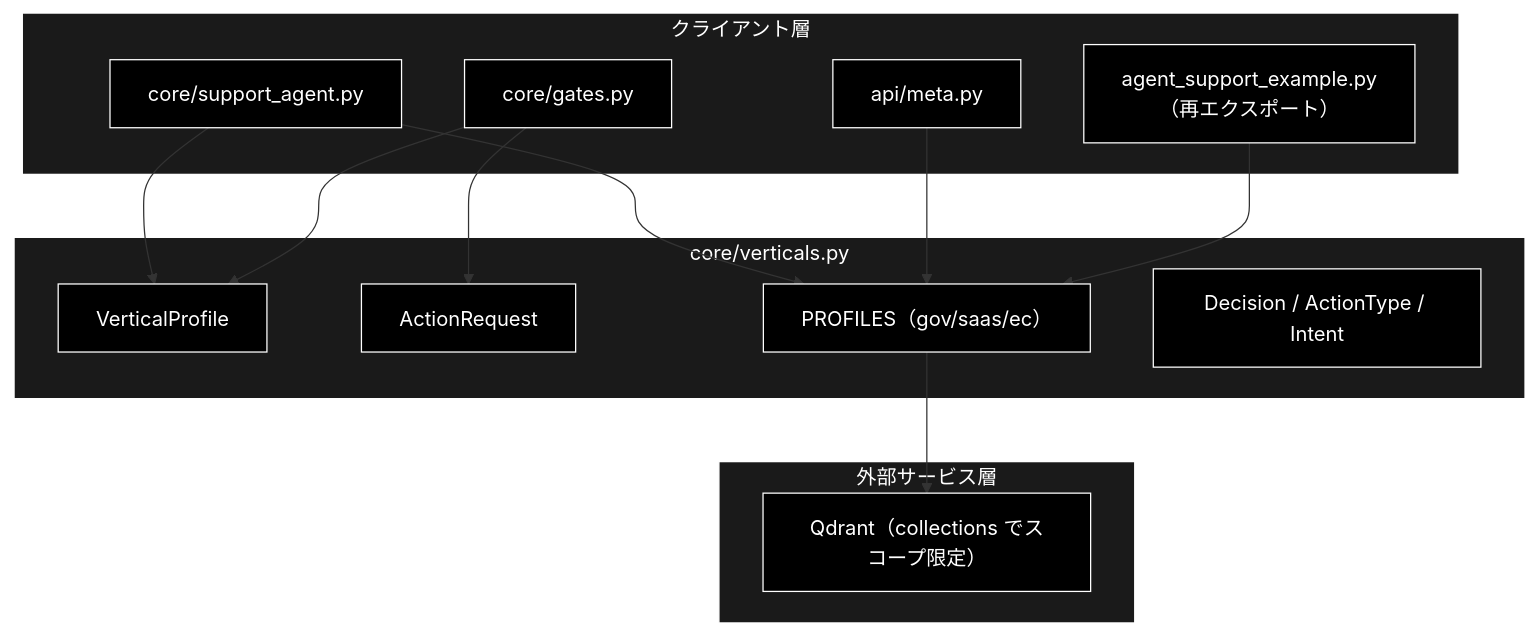
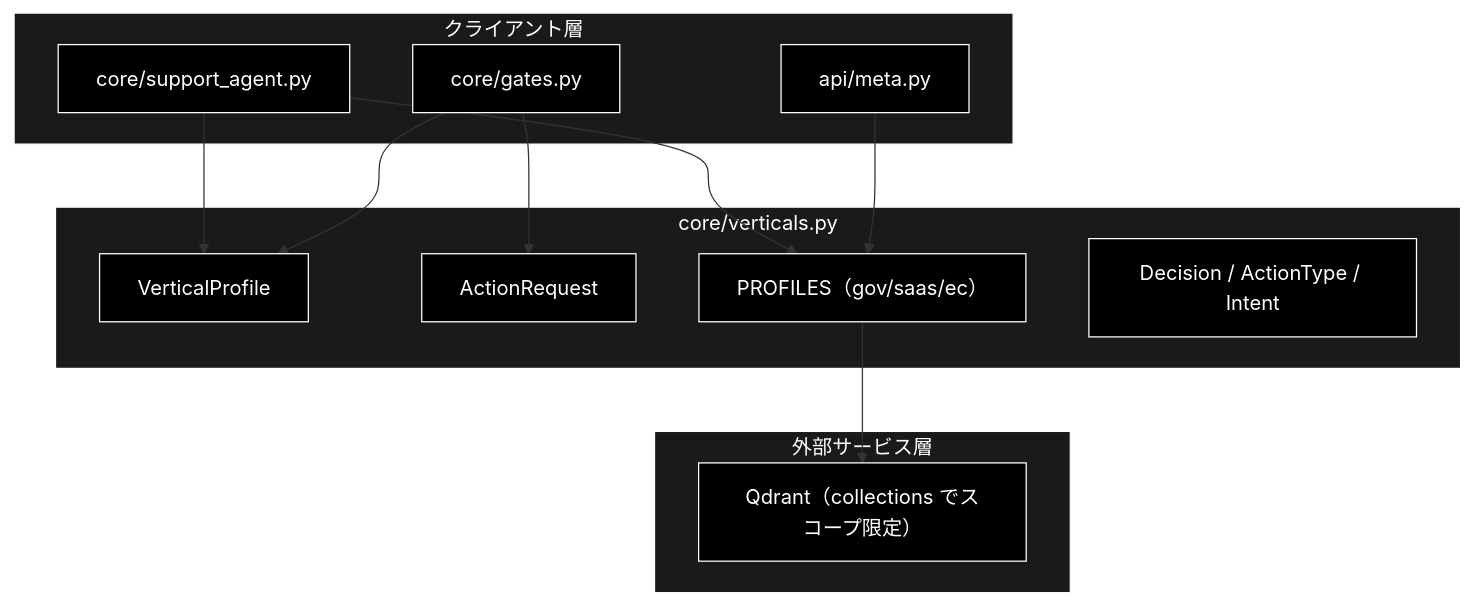
One commit to nakashima2toshio/grace_v2 changed the first of 3 diagrams in backend/docs/reference/core_verticals.md. Above: the diagram before and after it, drawn with Mermaid. The commit also changed other lines of this file and 50 other files, not shown here.

````diff
--- a/backend/docs/reference/core_verticals.md
+++ b/backend/docs/reference/core_verticals.md
@@ -85,34 +86,32 @@
 ```mermaid
 flowchart TB
     subgraph CLIENT["クライアント層"]
         CORE["core/support_agent.py"]
         GATES["core/gates.py"]
         META["api/meta.py"]
-        CLI["agent_support_example.py（再エクスポート）"]
     end
 
     subgraph MODULE["core/verticals.py"]
         VP["VerticalProfile"]
         AR["ActionRequest"]
         PROF["PROFILES（gov/saas/ec）"]
         TYP["Decision / ActionType / Intent"]
     end
 
     subgraph EXTERNAL["外部サービス層"]
         QDRANT["Qdrant（collections でスコープ限定）"]
     end
 
     CORE --> PROF
     CORE --> VP
     GATES --> VP
     GATES --> AR
     META --> PROF
-    CLI --> PROF
     PROF --> QDRANT
 classDef default fill:#000,stroke:#fff,color:#fff
 classDef subgraphStyle fill:#1a1a1a,stroke:#fff,color:#fff
-class CORE,GATES,META,CLI,VP,AR,PROF,TYP,QDRANT default
+class CORE,GATES,META,VP,AR,PROF,TYP,QDRANT default
 style CLIENT fill:#1a1a1a,stroke:#fff,color:#fff
 style MODULE fill:#1a1a1a,stroke:#fff,color:#fff
 style EXTERNAL fill:#1a1a1a,stroke:#fff,color:#fff
 ```
````
